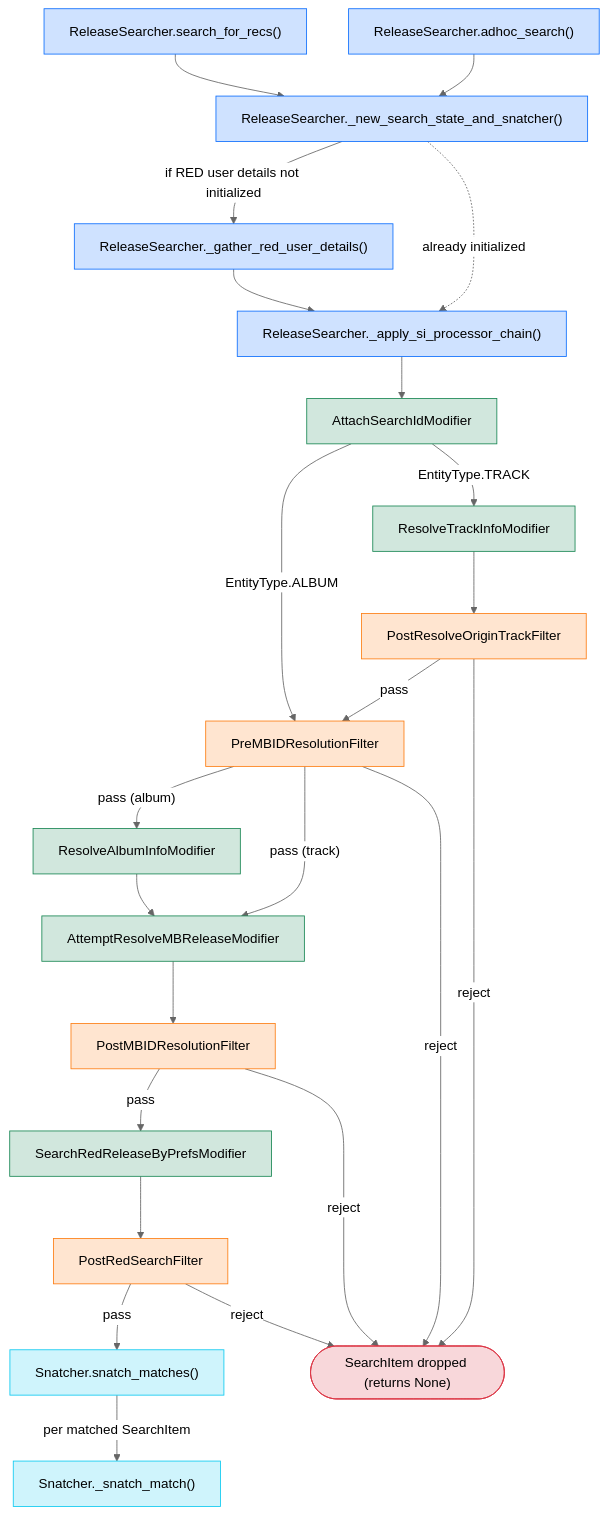
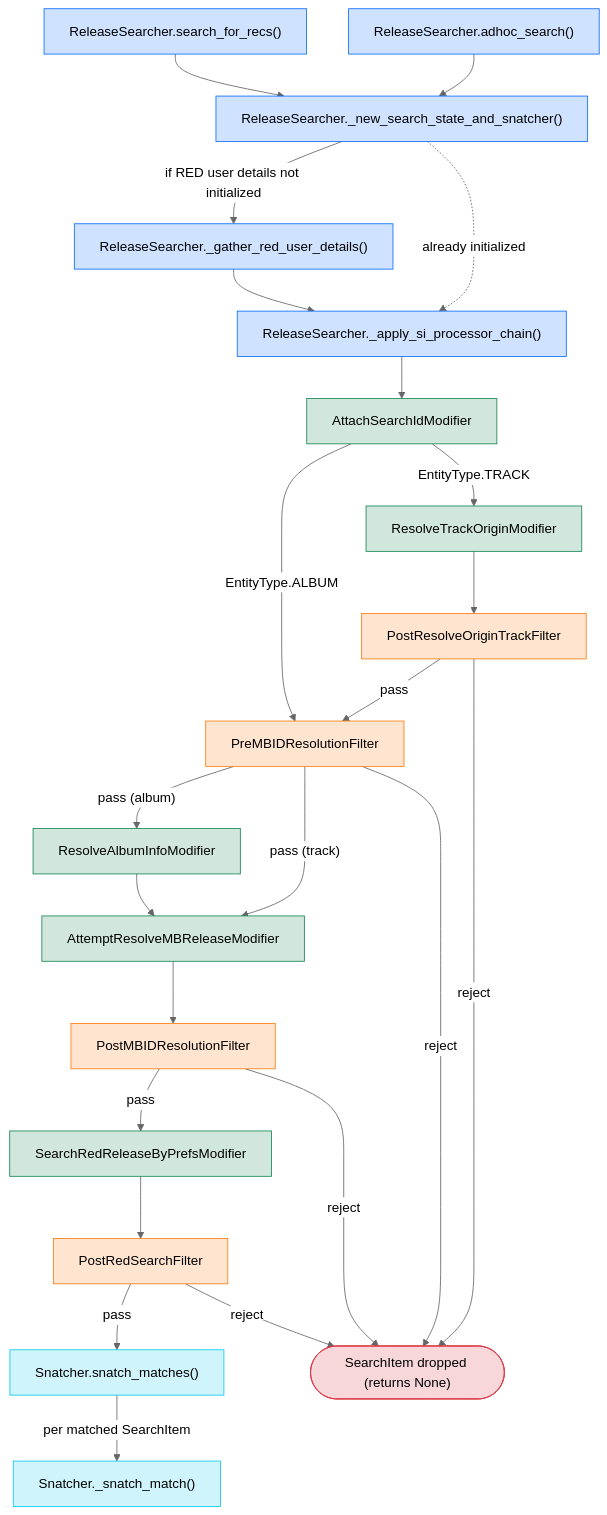
One commit to windexvalence/plastered changed the first of 2 diagrams in plastered/release_search/search_process_overview.md. Above: the diagram before and after it, drawn with Mermaid (neutral theme). The commit also changed other lines of this file and 30 other files, not shown here.

Commit message:
feat: Rank multi-source track origin candidates and match them in turn against RED to raise the track hit rate (#146)

````diff
--- a/plastered/release_search/search_process_overview.md
+++ b/plastered/release_search/search_process_overview.md
@@ -24,65 +28,65 @@
 ```mermaid
 flowchart TD
     %% ── ReleaseSearcher entrypoints & orchestration ──
     SFR["ReleaseSearcher.search_for_recs()"]
     MS["ReleaseSearcher.adhoc_search()"]
     NEW_STATE["ReleaseSearcher._new_search_state_and_snatcher()"]
     GRUD["ReleaseSearcher._gather_red_user_details()"]
     APPLY["ReleaseSearcher._apply_si_processor_chain()"]
     SNATCHES["Snatcher.snatch_matches()"]
     SNATCH["Snatcher._snatch_match()"]
     DROP(["SearchItem dropped (returns None)"])
 
     %% ── Processors ──
-    RESOLVE_TRACK["ResolveTrackInfoModifier"]
+    RESOLVE_TRACK["ResolveTrackOriginModifier"]
     POST_TRACK["PostResolveOriginTrackFilter"]
     ATTACH["AttachSearchIdModifier"]
     PREMBID["PreMBIDResolutionFilter"]
     RESOLVE_ALBUM["ResolveAlbumInfoModifier"]
     ATTEMPT_MB["AttemptResolveMBReleaseModifier"]
     POSTMBID["PostMBIDResolutionFilter"]
     SEARCH_RED["SearchRedReleaseByPrefsModifier"]
     POST_RED["PostRedSearchFilter"]
 
     SFR --> NEW_STATE
     MS --> NEW_STATE
     NEW_STATE -->|"if RED user details not initialized"| GRUD
     NEW_STATE -.->|"already initialized"| APPLY
     GRUD --> APPLY
 
     APPLY --> ATTACH
     ATTACH -->|"EntityType.ALBUM"| PREMBID
     ATTACH -->|"EntityType.TRACK"| RESOLVE_TRACK
 
     RESOLVE_TRACK --> POST_TRACK
     POST_TRACK -->|pass| PREMBID
     POST_TRACK -->|reject| DROP
 
     PREMBID -->|"pass (album)"| RESOLVE_ALBUM
     PREMBID -->|"pass (track)"| ATTEMPT_MB
     PREMBID -->|reject| DROP
     RESOLVE_ALBUM --> ATTEMPT_MB
 
     ATTEMPT_MB --> POSTMBID
     POSTMBID -->|pass| SEARCH_RED
     POSTMBID -->|reject| DROP
 
     SEARCH_RED --> POST_RED
     POST_RED -->|pass| SNATCHES
     POST_RED -->|reject| DROP
 
     SNATCHES -->|"per matched SearchItem"| SNATCH
 
     %% ── Styling ──
     classDef rsMethod fill:#cfe2ff,stroke:#0d6efd,color:#000;
     classDef snatcher fill:#cff4fc,stroke:#0dcaf0,color:#000;
     classDef modifier fill:#d1e7dd,stroke:#198754,color:#000;
     classDef filter fill:#ffe5d0,stroke:#fd7e14,color:#000;
     classDef terminal fill:#f8d7da,stroke:#dc3545,color:#000;
 
     class SFR,MS,NEW_STATE,GRUD,APPLY rsMethod;
     class SNATCHES,SNATCH snatcher;
     class RESOLVE_TRACK,ATTACH,RESOLVE_ALBUM,ATTEMPT_MB,SEARCH_RED modifier;
     class POST_TRACK,PREMBID,POSTMBID,POST_RED filter;
     class DROP terminal;
 ```
````
